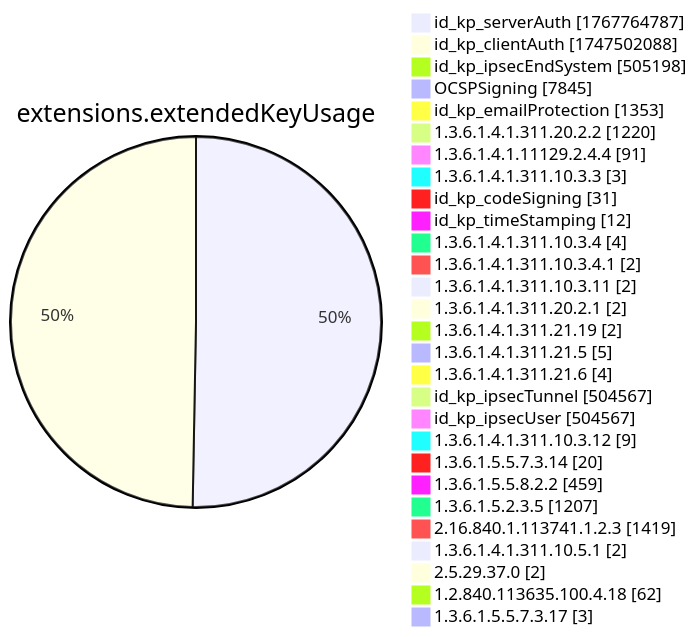
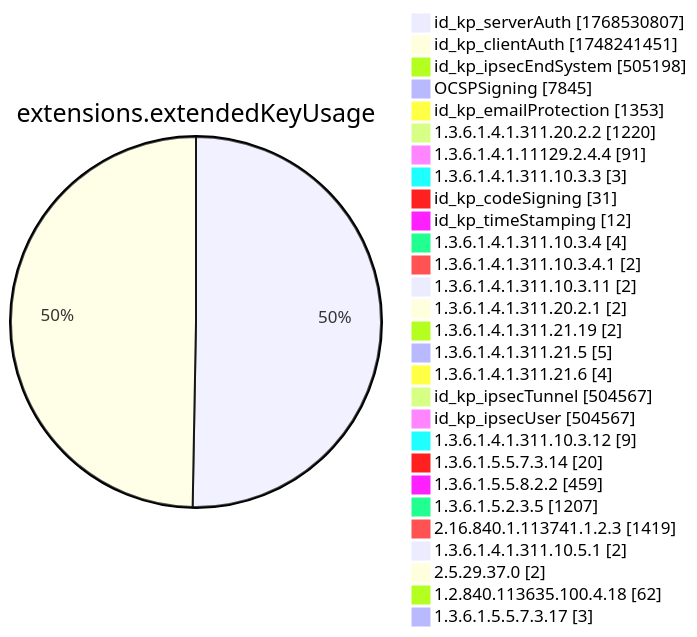
Diagram 12 of 15 in xenon2022/README.md (christiankrug/ctmonitor_visualization), drawn with Mermaid before and after one commit. The commit also changed other lines of this file, not shown here.

````diff
--- a/xenon2022/README.md
+++ b/xenon2022/README.md
@@ -3893,32 +3893,32 @@
 ```mermaid
 pie showData
 title extensions.extendedKeyUsage
-"id_kp_serverAuth" :1767764787
-"id_kp_clientAuth" :1747502088
+"id_kp_serverAuth" :1768530807
+"id_kp_clientAuth" :1748241451
 "id_kp_ipsecEndSystem" :505198
 "OCSPSigning" :7845
 "id_kp_emailProtection" :1353
 "1.3.6.1.4.1.311.20.2.2" :1220
 "1.3.6.1.4.1.11129.2.4.4" :91
 "1.3.6.1.4.1.311.10.3.3" :3
 "id_kp_codeSigning" :31
 "id_kp_timeStamping" :12
 "1.3.6.1.4.1.311.10.3.4" :4
 "1.3.6.1.4.1.311.10.3.4.1" :2
 "1.3.6.1.4.1.311.10.3.11" :2
 "1.3.6.1.4.1.311.20.2.1" :2
 "1.3.6.1.4.1.311.21.19" :2
 "1.3.6.1.4.1.311.21.5" :5
 "1.3.6.1.4.1.311.21.6" :4
 "id_kp_ipsecTunnel" :504567
 "id_kp_ipsecUser" :504567
 "1.3.6.1.4.1.311.10.3.12" :9
 "1.3.6.1.5.5.7.3.14" :20
 "1.3.6.1.5.5.8.2.2" :459
 "1.3.6.1.5.2.3.5" :1207
 "2.16.840.1.113741.1.2.3" :1419
 "1.3.6.1.4.1.311.10.5.1" :2
 "2.5.29.37.0" :2
 "1.2.840.113635.100.4.18" :62
 "1.3.6.1.5.5.7.3.17" :3
 ```
````
